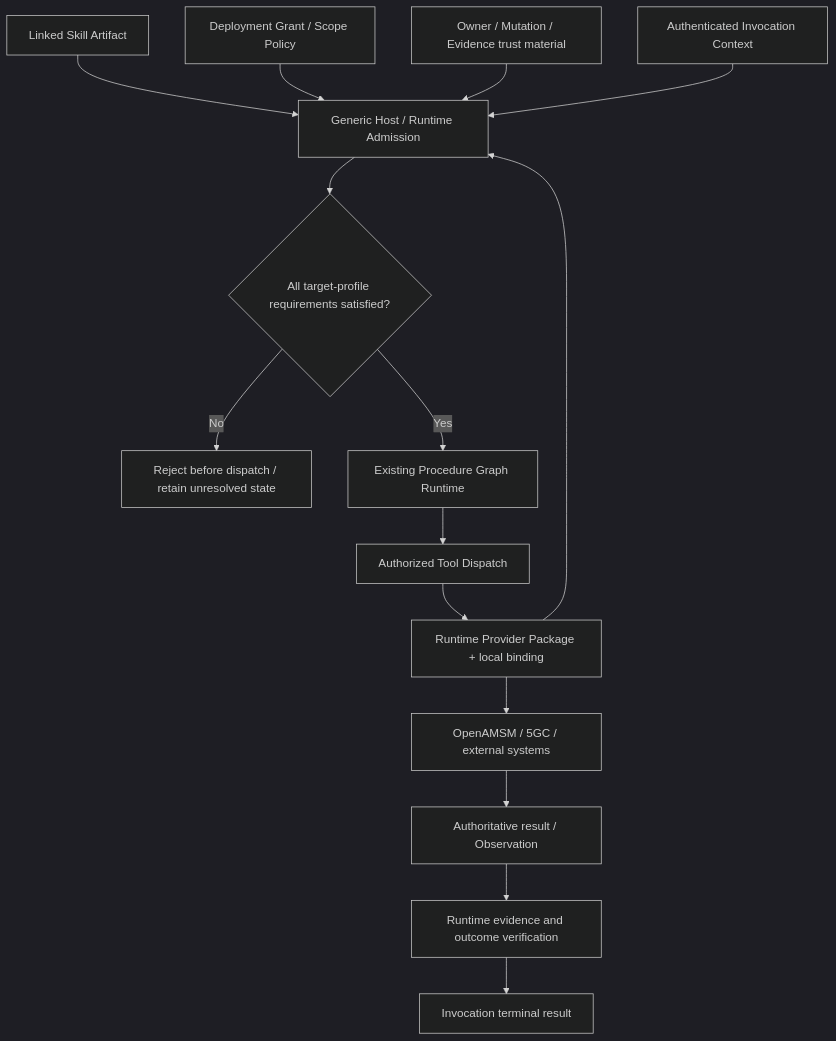
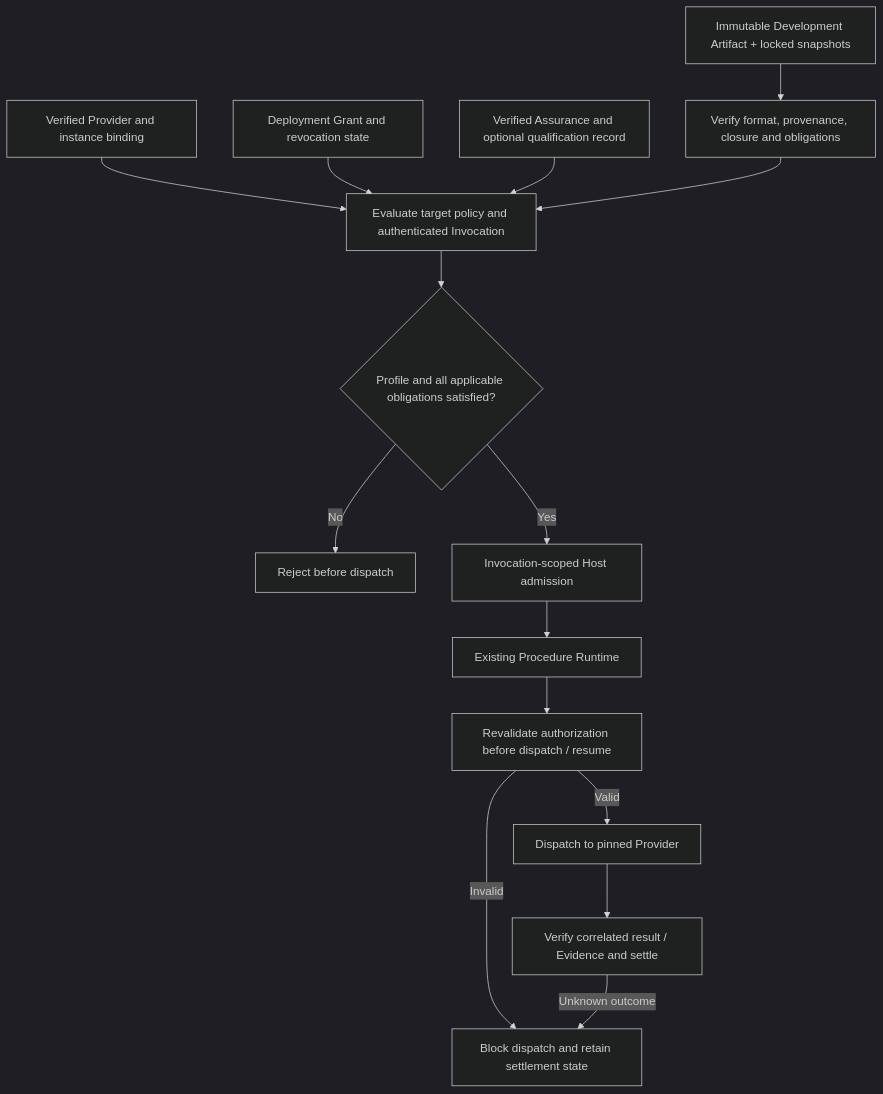
Before and after one commit to odango-chan/ca-skill-compiler: the third of 3 diagrams in docs/design/ca-toolchain-architecture-vnext.zh-CN.md, drawn with Mermaid (dark theme). The commit also changed other lines of this file and 1 other file, not shown here.

```diff
--- a/docs/design/ca-toolchain-architecture-vnext.zh-CN.md
+++ b/docs/design/ca-toolchain-architecture-vnext.zh-CN.md
@@ -260,17 +112,17 @@
 ~~~mermaid
 flowchart TD
-    ART["Linked Skill Artifact"] --> HOST["Generic Host / Runtime Admission"]
-    PROVIDER["Runtime Provider Package + local binding"] --> HOST
-    GRANT["Deployment Grant / Scope Policy"] --> HOST
-    ASSURANCE["Owner / Mutation / Evidence trust material"] --> HOST
-    CONTEXT["Authenticated Invocation Context"] --> HOST
-    HOST --> DECIDE{"All target-profile requirements satisfied?"}
-    DECIDE -- "No" --> BLOCK["Reject before dispatch / retain unresolved state"]
-    DECIDE -- "Yes" --> RUN["Existing Procedure Graph Runtime"]
-    RUN --> DISPATCH["Authorized Tool Dispatch"]
-    DISPATCH --> PROVIDER
-    PROVIDER --> NETWORK["OpenAMSM / 5GC / external systems"]
-    NETWORK --> OBS["Authoritative result / Observation"]
-    OBS --> VERIFY["Runtime evidence and outcome verification"]
-    VERIFY --> RESULT["Invocation terminal result"]
+    A["Immutable Development Artifact + locked snapshots"] --> V["Verify format, provenance, closure and obligations"]
+    P["Verified Provider and instance binding"] --> G["Evaluate target policy and authenticated Invocation"]
+    D["Deployment Grant and revocation state"] --> G
+    Q["Verified Assurance and optional qualification record"] --> G
+    V --> G
+    G --> J{"Profile and all applicable obligations satisfied?"}
+    J -->|No| R["Reject before dispatch"]
+    J -->|Yes| S["Invocation-scoped Host admission"]
+    S --> RUN["Existing Procedure Runtime"]
+    RUN --> CHECK["Revalidate authorization before dispatch / resume"]
+    CHECK -->|Valid| DIS["Dispatch to pinned Provider"]
+    CHECK -->|Invalid| HOLD["Block dispatch and retain settlement state"]
+    DIS --> SET["Verify correlated result / Evidence and settle"]
+    SET -->|Unknown outcome| HOLD
 ~~~
```
